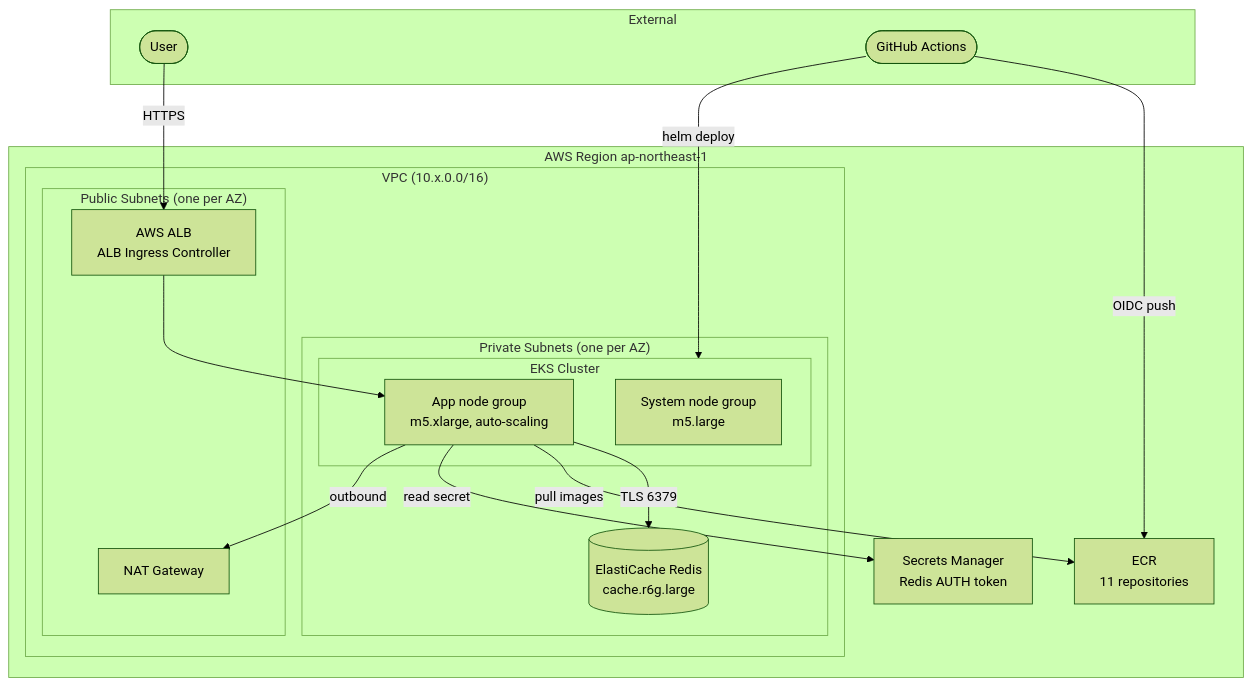
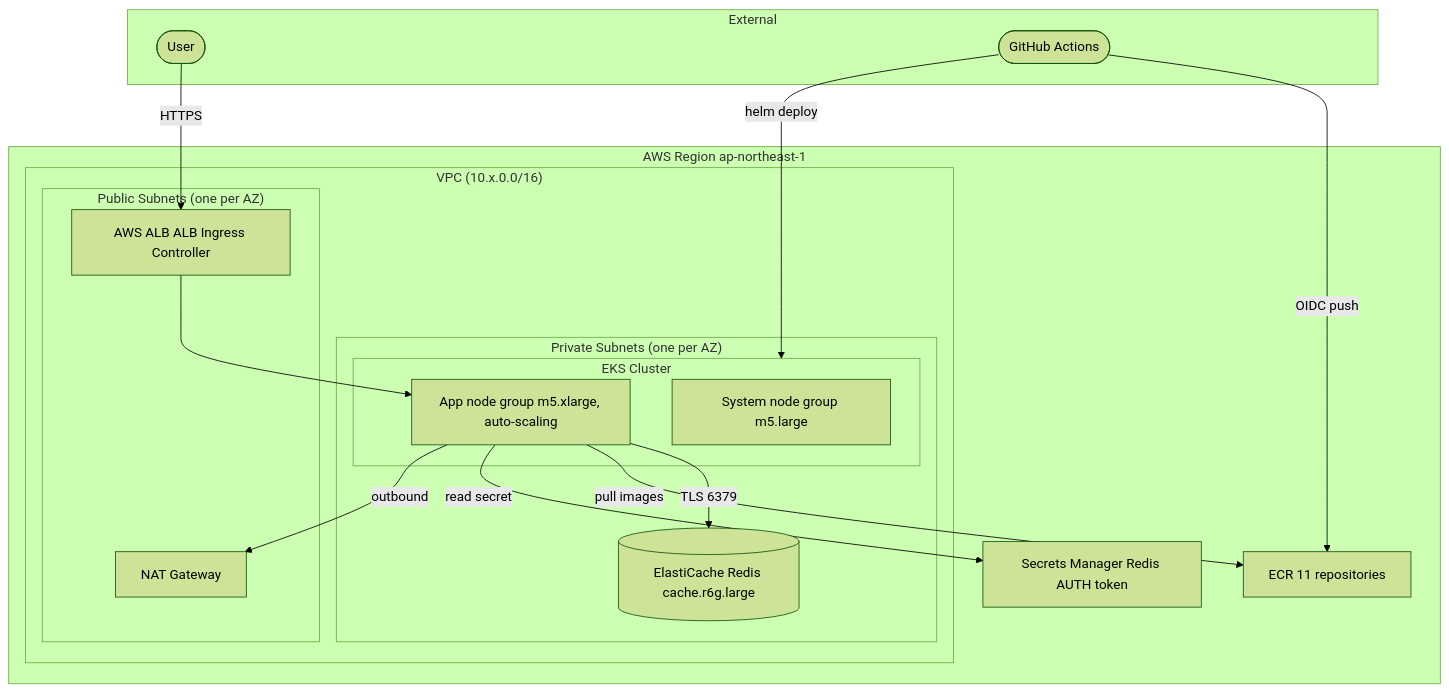
One commit to DT1991/boutique-aws changed the second of 4 diagrams in docs/diagrams/architecture.md. Above: the diagram before and after it, drawn with Mermaid (forest theme). The commit also changed other lines of this file and 1 other file, not shown here.

Commit message:
docs: add architecture diagrams and pipeline documentation

````diff
--- a/docs/diagrams/architecture.md
+++ b/docs/diagrams/architecture.md
@@ -48,36 +45,36 @@
 ```mermaid
 graph TB
     subgraph External
         User([User])
         GHA([GitHub Actions])
     end
 
     subgraph AWS Region ap-northeast-1
-        ECR[ECR\n11 repositories]
-        SM[Secrets Manager\nRedis AUTH token]
+        ECR[ECR 11 repositories]
+        SM[Secrets Manager Redis AUTH token]
 
         subgraph VPC["VPC (10.x.0.0/16)"]
             subgraph Public["Public Subnets (one per AZ)"]
-                ALB[AWS ALB\nALB Ingress Controller]
+                ALB[AWS ALB ALB Ingress Controller]
                 NAT[NAT Gateway]
             end
 
             subgraph Private["Private Subnets (one per AZ)"]
                 subgraph EKS["EKS Cluster"]
-                    SYS[System node group\nm5.large]
-                    APP[App node group\nm5.xlarge, auto-scaling]
+                    SYS[System node group m5.large]
+                    APP[App node group m5.xlarge, auto-scaling]
                 end
-                REDIS[(ElastiCache Redis\ncache.r6g.large)]
+                REDIS[(ElastiCache Redis cache.r6g.large)]
             end
         end
     end
 
     User  -->|HTTPS| ALB
     ALB   --> APP
     APP   -->|TLS 6379| REDIS
     APP   -->|pull images| ECR
     APP   -->|read secret| SM
     APP   -->|outbound| NAT
     GHA   -->|OIDC push| ECR
     GHA   -->|helm deploy| EKS
 ```
````
